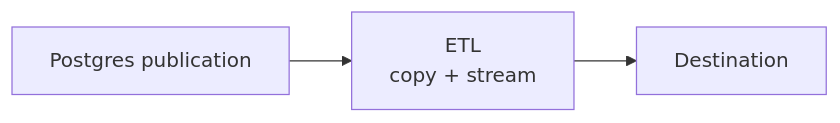
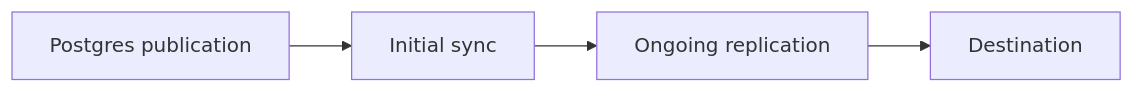
The diagram in README.md (supabase/etl), drawn with Mermaid before and after one commit. The commit also changed other lines of this file and 57 other files, not shown here.

````diff
--- a/README.md
+++ b/README.md
@@ -62,5 +49,6 @@
 ```mermaid
 flowchart LR
-    Postgres["Postgres publication"] --> ETL["ETL<br/>copy + stream"]
-    ETL --> Destination["Destination"]
+    Postgres["Postgres publication"] --> Sync["Initial sync"]
+    Sync --> Replication["Ongoing replication"]
+    Replication --> Destination["Destination"]
 ```
````
